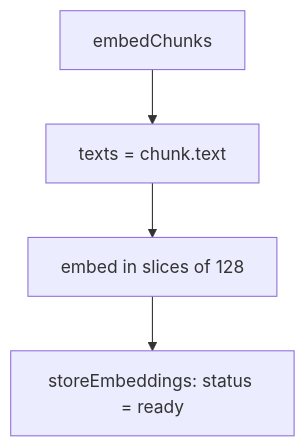
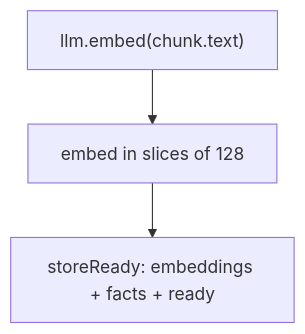
Before and after one commit to adamrefaey/meeting-intelligence: the fifth of 6 diagrams in docs/flows/ingestion.md, drawn with Mermaid. The commit also changed other lines of this file and 1 other file, not shown here.

First line of the commit message:
refactor: update ingestion flow and embedding logic

````diff
--- a/docs/flows/ingestion.md
+++ b/docs/flows/ingestion.md
@@ -114,9 +113,8 @@
 ```mermaid
 flowchart TD
-  start["embedChunks"]
-  texts["texts = chunk.text"]
+  start["llm.embed(chunk.text)"]
   embed["embed in slices of 128"]
-  store["storeEmbeddings: status = ready"]
+  store["storeReady: embeddings + facts + ready"]
 
-  start --> texts --> embed --> store
+  start --> embed --> store
 ```
````
